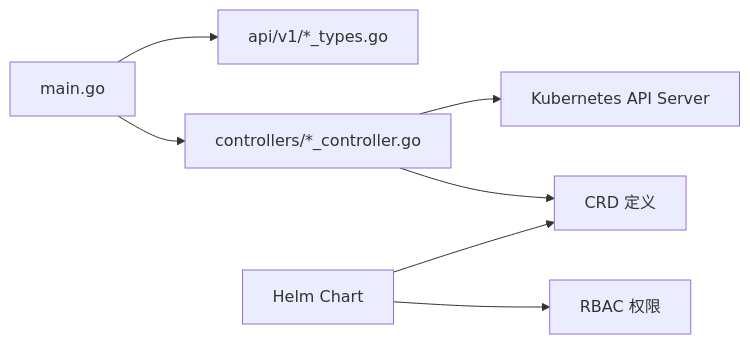
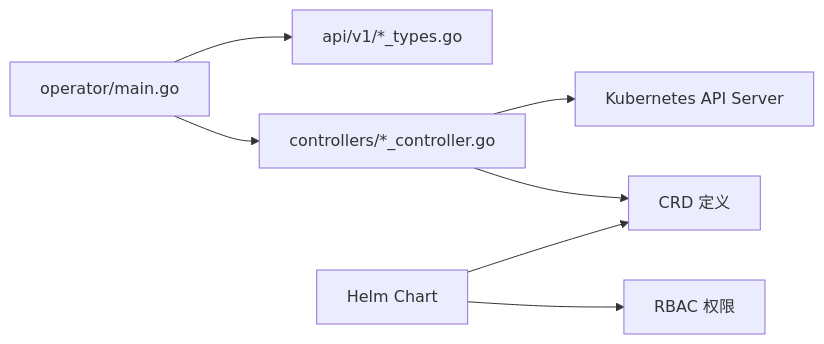
The fifth of 5 diagrams in .qoder/repowiki/zh/content/Kubernetes Operator/Kubernetes Operator.md (kudig-io/klaw), drawn with Mermaid before and after one commit. The commit also changed other lines of this file and 245 other files, not shown here.

````diff
--- a/.qoder/repowiki/zh/content/Kubernetes Operator/Kubernetes Operator.md
+++ b/.qoder/repowiki/zh/content/Kubernetes Operator/Kubernetes Operator.md
@@ -228,9 +243,9 @@
 ```mermaid
 graph LR
-Main["main.go"] --> Types["api/v1/*_types.go"]
+Main["operator/main.go"] --> Types["api/v1/*_types.go"]
 Main --> Controllers["controllers/*_controller.go"]
 Controllers --> K8s["Kubernetes API Server"]
 Controllers --> CRDs["CRD 定义"]
 Helm["Helm Chart"] --> CRDs
 Helm --> RBAC["RBAC 权限"]
 ```
````
